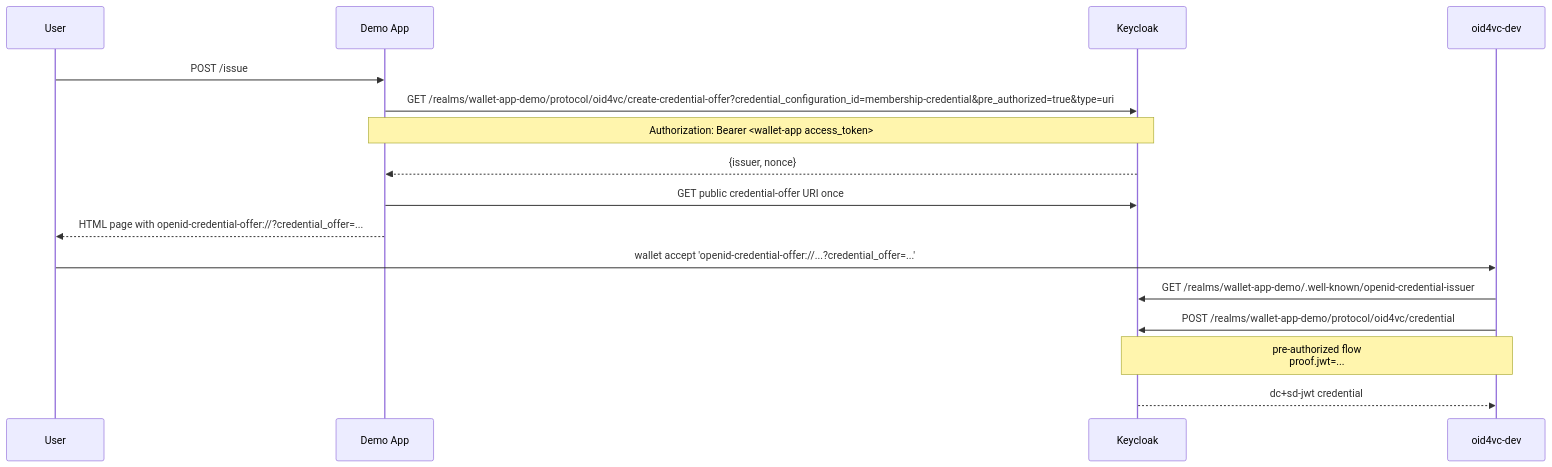
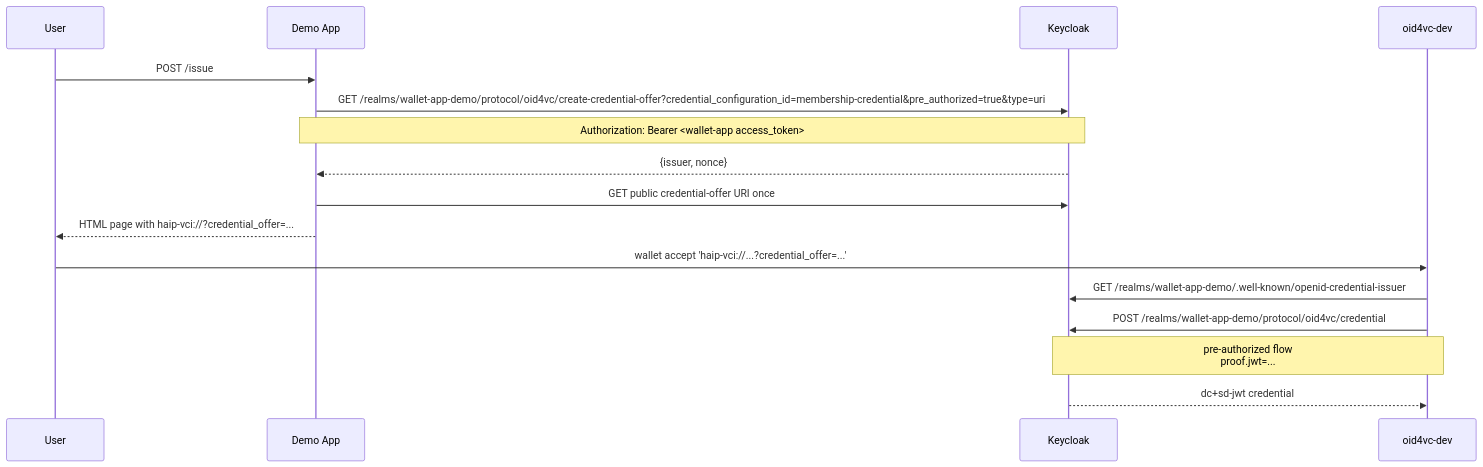
Before and after one commit to dominikschlosser/eudi-dev: the second of 3 diagrams in examples/keycloak-issuer-verifier-app/README.md, drawn with Mermaid. The commit also changed other lines of this file and 16 other files, not shown here.

````diff
--- a/examples/keycloak-issuer-verifier-app/README.md
+++ b/examples/keycloak-issuer-verifier-app/README.md
@@ -71,20 +71,20 @@
 ```mermaid
 sequenceDiagram
     participant U as User
     participant APP as Demo App
     participant KC as Keycloak
     participant W as oid4vc-dev
 
     U->>APP: POST /issue
     APP->>KC: GET /realms/wallet-app-demo/protocol/oid4vc/create-credential-offer?credential_configuration_id=membership-credential&pre_authorized=true&type=uri
     Note over APP,KC: Authorization: Bearer <wallet-app access_token>
     KC-->>APP: {issuer, nonce}
     APP->>KC: GET public credential-offer URI once
-    APP-->>U: HTML page with openid-credential-offer://?credential_offer=...
+    APP-->>U: HTML page with haip-vci://?credential_offer=...
 
-    U->>W: wallet accept 'openid-credential-offer://...?credential_offer=...'
+    U->>W: wallet accept 'haip-vci://...?credential_offer=...'
     W->>KC: GET /realms/wallet-app-demo/.well-known/openid-credential-issuer
     W->>KC: POST /realms/wallet-app-demo/protocol/oid4vc/credential
     Note over W,KC: pre-authorized flow<br/>proof.jwt=...
     KC-->>W: dc+sd-jwt credential
 ```
````
